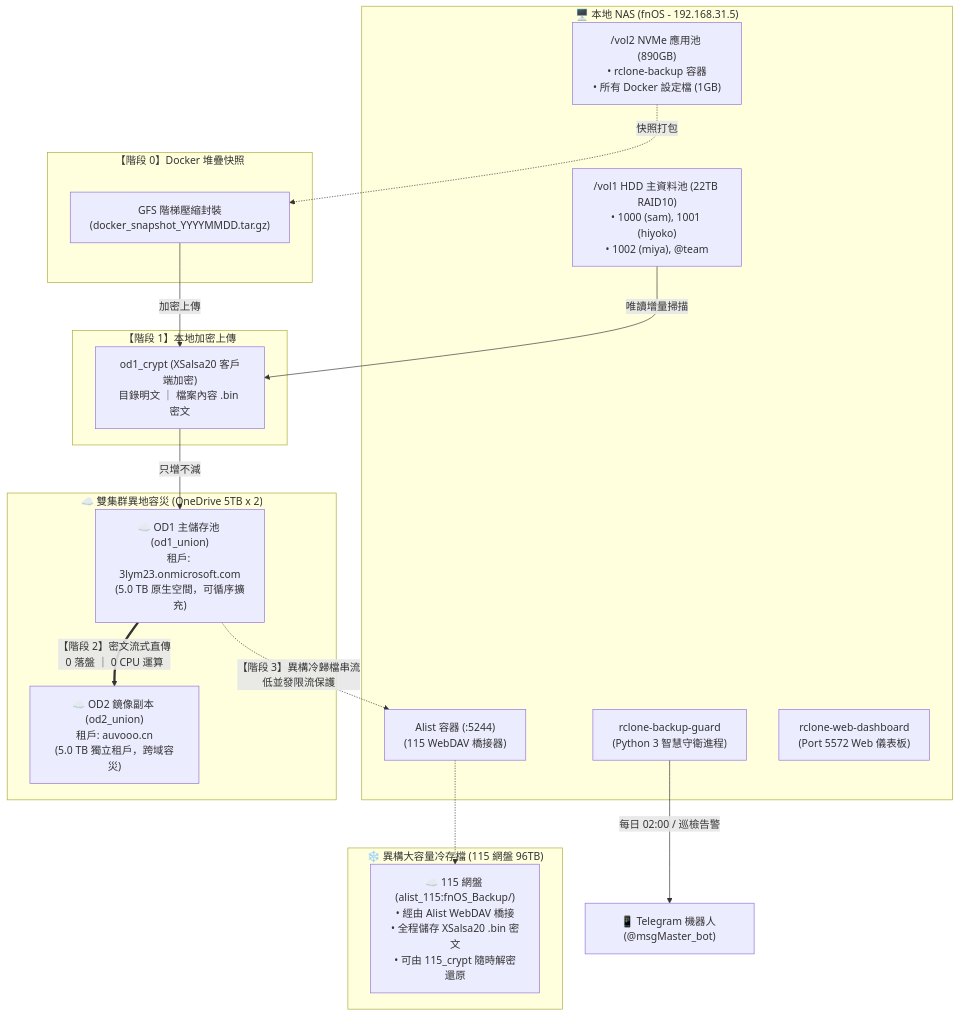
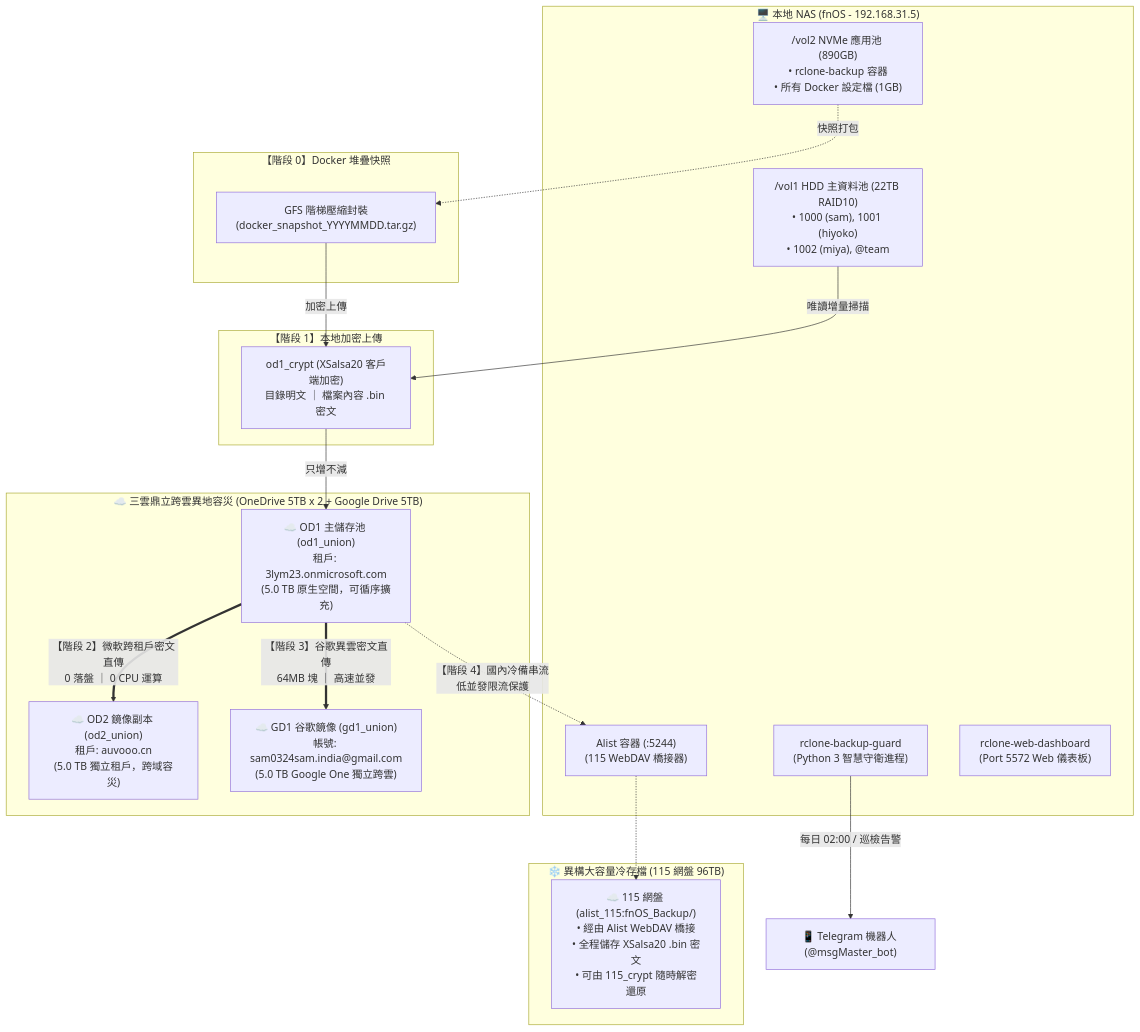
One commit to sam0324sam/fnos-onedrive-backup changed the diagram in README.md. Above: the diagram before and after it, drawn with Mermaid. The commit also changed other lines of this file and 2 other files, not shown here.

Commit message:
feat: upgrade to 5-4-3 triple-cloud architecture with Google Drive (5TB)

````diff
--- a/README.md
+++ b/README.md
@@ -44,36 +48,38 @@
 ```mermaid
 graph TD
     subgraph Local_NAS ["🖥️ 本地 NAS (fnOS - 192.168.31.5)"]
         SSD["/vol2 NVMe 應用池 (890GB)<br>• rclone-backup 容器<br>• 所有 Docker 設定檔 (1GB)"]
         HDD["/vol1 HDD 主資料池 (22TB RAID10)<br>• 1000 (sam), 1001 (hiyoko)<br>• 1002 (miya), @team"]
         Guard["rclone-backup-guard<br>(Python 3 智慧守衛進程)"]
         Alist["Alist 容器 (:5244)<br>(115 WebDAV 橋接器)"]
         WebGUI["rclone-web-dashboard<br>(Port 5572 Web 儀表板)"]
     end
 
     subgraph Phase0 ["【階段 0】Docker 堆疊快照"]
         Tar["GFS 階梯壓縮封裝<br>(docker_snapshot_YYYYMMDD.tar.gz)"]
     end
 
     subgraph Phase1 ["【階段 1】本地加密上傳"]
         Crypt["od1_crypt (XSalsa20 客戶端加密)<br>目錄明文 ｜ 檔案內容 .bin 密文"]
     end
 
-    subgraph Cloud_Cluster ["☁️ 雙集群異地容災 (OneDrive 5TB x 2)"]
+    subgraph Triple_Cloud ["☁️ 三雲鼎立跨雲異地容災 (OneDrive 5TB x 2 + Google Drive 5TB)"]
         OD1["☁️ OD1 主儲存池 (od1_union)<br>租戶: 3lym23.onmicrosoft.com<br>(5.0 TB 原生空間，可循序擴充)"]
         OD2["☁️ OD2 鏡像副本 (od2_union)<br>租戶: auvooo.cn<br>(5.0 TB 獨立租戶，跨域容災)"]
+        GD1["☁️ GD1 谷歌鏡像 (gd1_union)<br>帳號: sam0324sam.india@gmail.com<br>(5.0 TB Google One 獨立跨雲)"]
     end
 
     subgraph Cold_Archive ["❄️ 異構大容量冷存檔 (115 網盤 96TB)"]
         C115["☁️ 115 網盤 (alist_115:fnOS_Backup/)<br>• 經由 Alist WebDAV 橋接<br>• 全程儲存 XSalsa20 .bin 密文<br>• 可由 115_crypt 隨時解密還原"]
     end
 
     SSD -.->|快照打包| Tar
     Tar -->|加密上傳| Crypt
     HDD -->|唯讀增量掃描| Crypt
     Crypt -->|只增不減| OD1
-    OD1 ==>|【階段 2】密文流式直傳<br>0 落盤 ｜ 0 CPU 運算| OD2
-    OD1 -.->|【階段 3】異構冷歸檔串流<br>低並發限流保護| Alist -.-> C115
+    OD1 ==>|【階段 2】微軟跨租戶密文直傳<br>0 落盤 ｜ 0 CPU 運算| OD2
+    OD1 ==>|【階段 3】谷歌異雲密文直傳<br>64MB 塊 ｜ 高速並發| GD1
+    OD1 -.->|【階段 4】國內冷備串流<br>低並發限流保護| Alist -.-> C115
 
     Guard -->|每日 02:00 / 巡檢告警| TG["📱 Telegram 機器人 (@msgMaster_bot)"]
 ```
````
